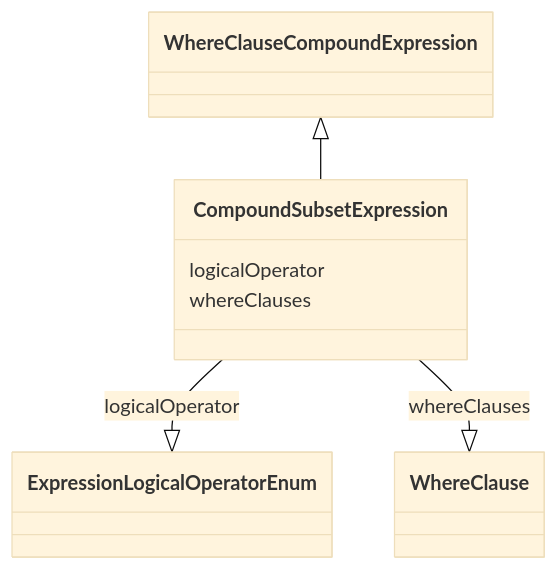
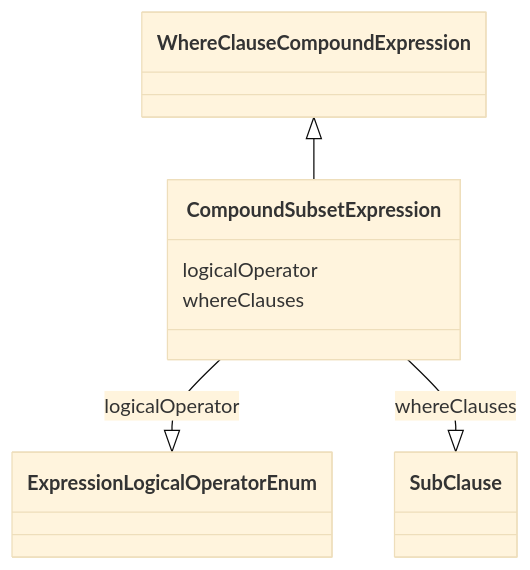
One commit to cdisc-org/analysis-results-standard changed the diagram in project/docs/CompoundSubsetExpression.md. Above: the diagram before and after it, drawn with Mermaid (base theme). The commit also changed other lines of this file and 174 other files, not shown here.

````diff
--- a/project/docs/CompoundSubsetExpression.md
+++ b/project/docs/CompoundSubsetExpression.md
@@ -13,11 +13,10 @@
 ```mermaid
  classDiagram
     class CompoundSubsetExpression
-      WhereClauseCompoundExpression <|-- CompoundSubsetExpression
-
+      WhereClauseCompoundExpression <|-- CompoundSubsetExpression        
       CompoundSubsetExpression : logicalOperator
         CompoundSubsetExpression --|> ExpressionLogicalOperatorEnum : logicalOperator
         CompoundSubsetExpression : whereClauses
-        CompoundSubsetExpression --|> WhereClause : whereClauses
+        CompoundSubsetExpression --|> SubClause : whereClauses
         
 ```
````
